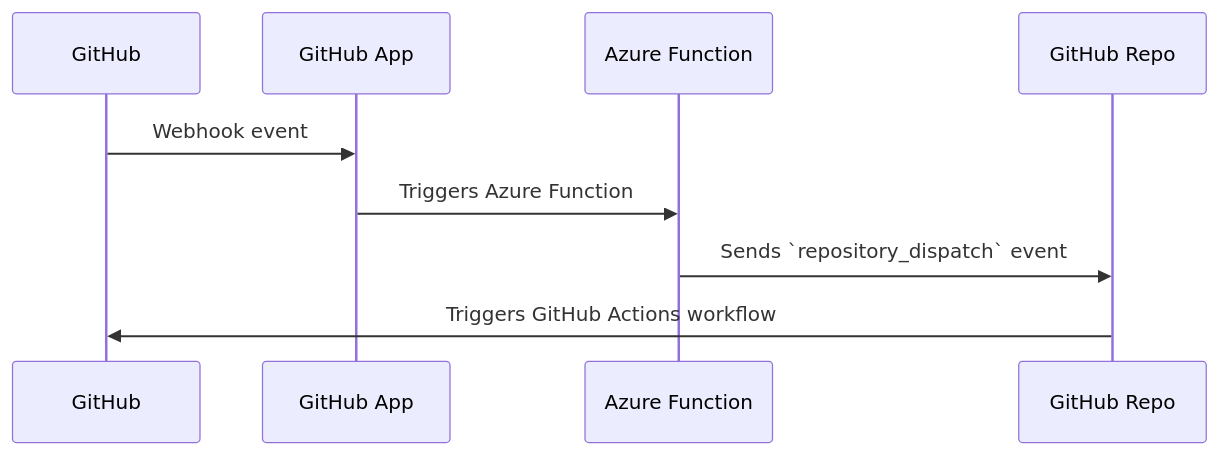
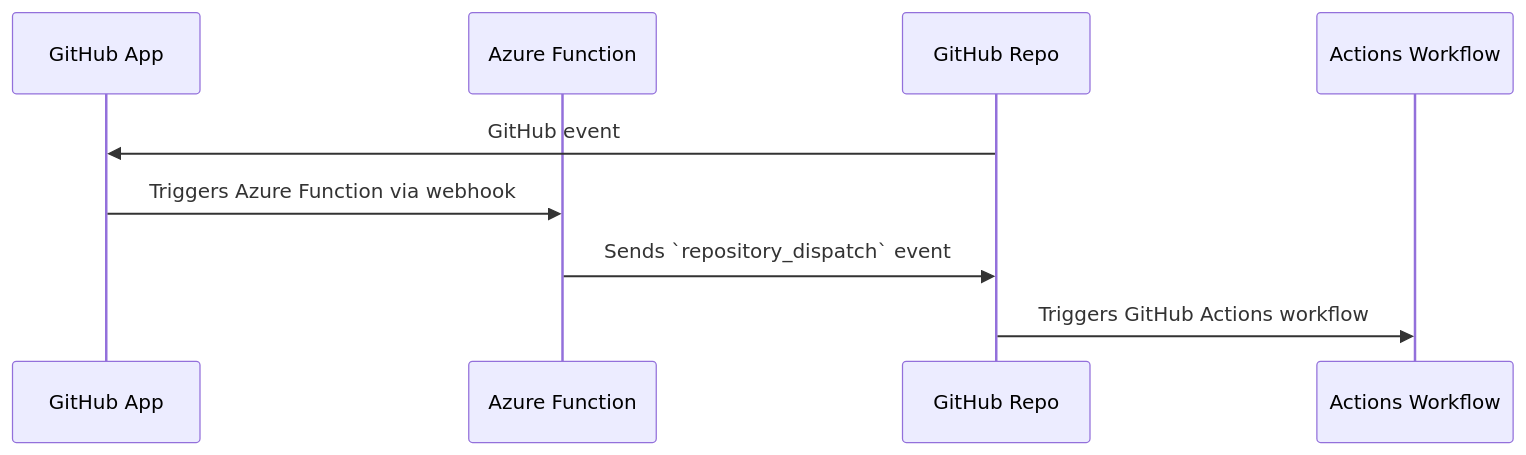
Before and after one commit to advanced-security/teams-secret-scanning-notifier-azure-function: the diagram in README.md, drawn with Mermaid.

Commit message:
Updated diagram

````diff
--- a/README.md
+++ b/README.md
@@ -13,11 +13,11 @@
 ```mermaid
 sequenceDiagram
-    participant GH as GitHub
     participant GA as GitHub App
     participant AF as Azure Function
     participant GR as GitHub Repo
-    GH->>GA: Webhook event
-    GA->>AF: Triggers Azure Function
+    participant AW as Actions Workflow
+    GR->>GA: GitHub event
+    GA->>AF: Triggers Azure Function via webhook
     AF->>GR: Sends `repository_dispatch` event
-    GR->>GH: Triggers GitHub Actions workflow
+    GR->>AW: Triggers GitHub Actions workflow
 ```
````
